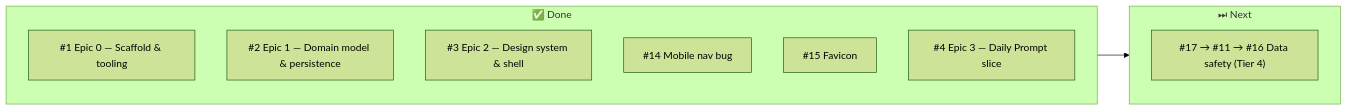
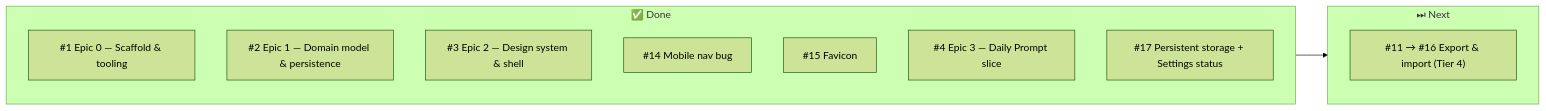
The third of 3 diagrams in docs/ARCHITECTURE.md (ZhannaM85/life-kaleidoscope), drawn with Mermaid (forest theme) before and after one commit. The commit also changed other lines of this file and 6 other files, not shown here.

Commit message:
Fix #17: feat: request persistent storage (navigator.storage.persist) + storage status in Settings

````diff
--- a/docs/ARCHITECTURE.md
+++ b/docs/ARCHITECTURE.md
@@ -280,15 +295,16 @@
 ```mermaid
 flowchart LR
     subgraph Done ["✅ Done"]
         E0["#1 Epic 0 — Scaffold & tooling"]
         E1["#2 Epic 1 — Domain model & persistence"]
         E2["#3 Epic 2 — Design system & shell"]
         B14["#14 Mobile nav bug"]
         B15["#15 Favicon"]
         E3["#4 Epic 3 — Daily Prompt slice"]
+        PS["#17 Persistent storage + Settings status"]
     end
     subgraph Next ["⏭ Next"]
-        DS["#17 → #11 → #16 Data safety (Tier 4)"]
+        DS["#11 → #16 Export & import (Tier 4)"]
     end
     Done --> Next
 ```
````
